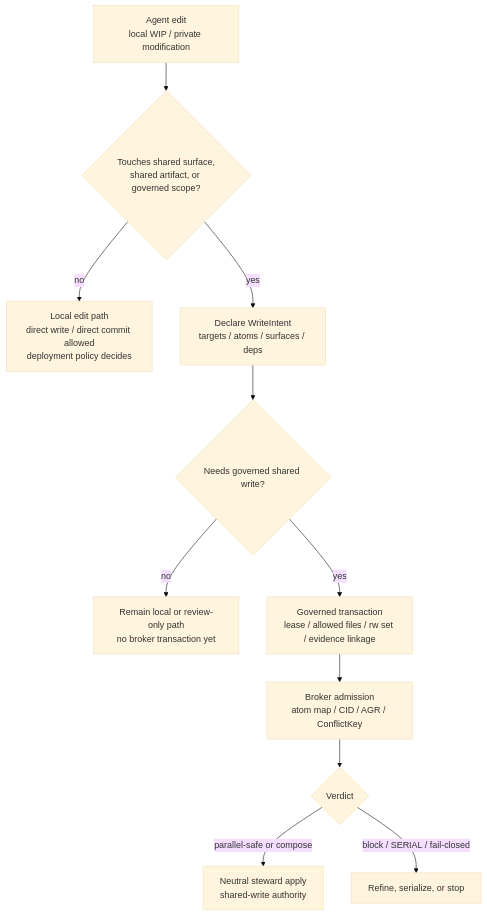
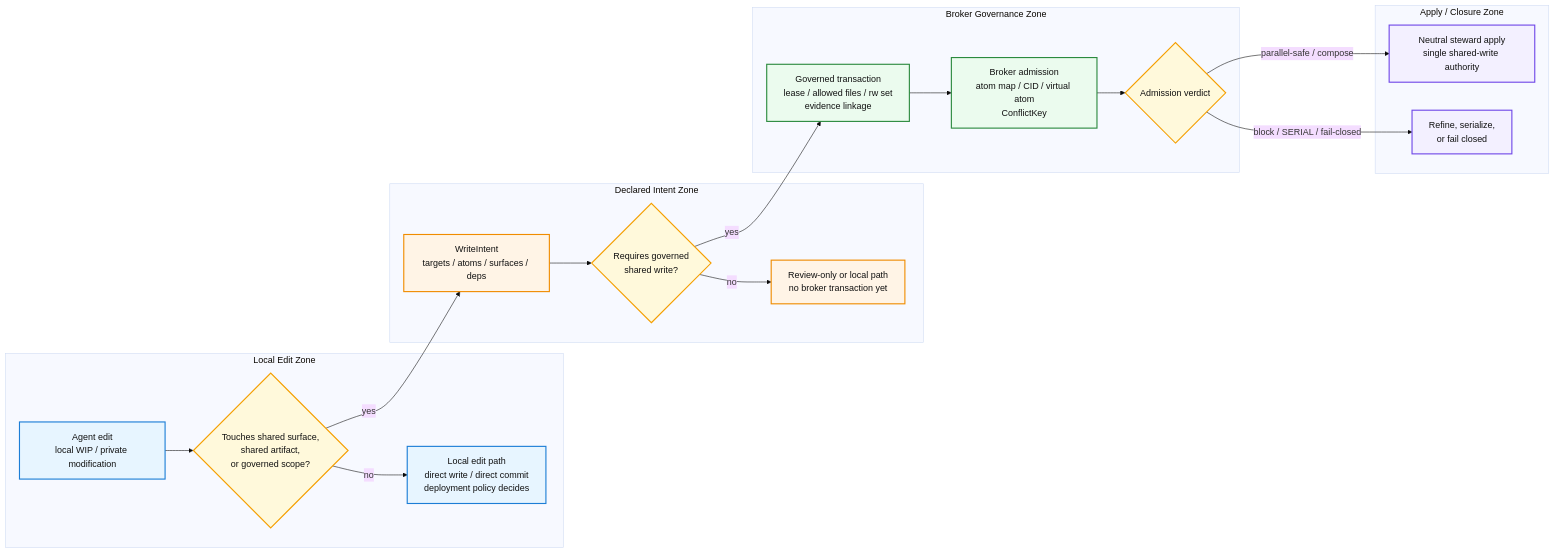
Before and after one commit to eaglhuang/3klife: the third of 4 diagrams in docs/ai_atomic_framework/arxiv-paper-v1/paper.v3.1.md, drawn with Mermaid (base theme). The commit also changed other lines of this file, not shown here.

````diff
--- a/docs/ai_atomic_framework/arxiv-paper-v1/paper.v3.1.md
+++ b/docs/ai_atomic_framework/arxiv-paper-v1/paper.v3.1.md
@@ -286,13 +477,47 @@
 ```mermaid
-flowchart TD
-    E["Agent edit<br/>local WIP / private modification"] --> D{"Touches shared surface,<br/>shared artifact, or governed scope?"}
-    D -- "no" --> L["Local edit path<br/>direct write / direct commit allowed<br/>deployment policy decides"]
-    D -- "yes" --> I["Declare WriteIntent<br/>targets / atoms / surfaces / deps"]
-    I --> G{"Needs governed shared write?"}
-    G -- "no" --> R["Remain local or review-only path<br/>no broker transaction yet"]
-    G -- "yes" --> T["Governed transaction<br/>lease / allowed files / rw set / evidence linkage"]
-    T --> B["Broker admission<br/>atom map / CID / AGR / ConflictKey"]
-    B --> V{"Verdict"}
-    V -- "parallel-safe or compose" --> S["Neutral steward apply<br/>shared-write authority"]
-    V -- "block / SERIAL / fail-closed" --> X["Refine, serialize, or stop"]
+flowchart LR
+    subgraph Local["Local Edit Zone"]
+        E["Agent edit<br/>local WIP / private modification"]
+        D{"Touches shared surface,<br/>shared artifact,<br/>or governed scope?"}
+        L["Local edit path<br/>direct write / direct commit<br/>deployment policy decides"]
+    end
+
+    subgraph Intent["Declared Intent Zone"]
+        I["WriteIntent<br/>targets / atoms / surfaces / deps"]
+        G{"Requires governed<br/>shared write?"}
+        R["Review-only or local path<br/>no broker transaction yet"]
+    end
+
+    subgraph Governance["Broker Governance Zone"]
+        T["Governed transaction<br/>lease / allowed files / rw set<br/>evidence linkage"]
+        B["Broker admission<br/>atom map / CID / virtual atom<br/>ConflictKey"]
+        V{"Admission verdict"}
+    end
+
+    subgraph Apply["Apply / Closure Zone"]
+        S["Neutral steward apply<br/>single shared-write authority"]
+        X["Refine, serialize,<br/>or fail closed"]
+    end
+
+    E --> D
+    D -- "no" --> L
+    D -- "yes" --> I
+    I --> G
+    G -- "no" --> R
+    G -- "yes" --> T
+    T --> B
+    B --> V
+    V -- "parallel-safe / compose" --> S
+    V -- "block / SERIAL / fail-closed" --> X
+
+    classDef local fill:#e7f5ff,stroke:#1c7ed6,stroke-width:2px,color:#111
+    classDef intent fill:#fff4e6,stroke:#f08c00,stroke-width:2px,color:#111
+    classDef govern fill:#ebfbee,stroke:#2b8a3e,stroke-width:2px,color:#111
+    classDef apply fill:#f3f0ff,stroke:#7048e8,stroke-width:2px,color:#111
+    classDef decision fill:#fff9db,stroke:#f59f00,stroke-width:2px,color:#111
+    class E,L local;
+    class I,R intent;
+    class T,B govern;
+    class S,X apply;
+    class D,G,V decision;
 ```
````
